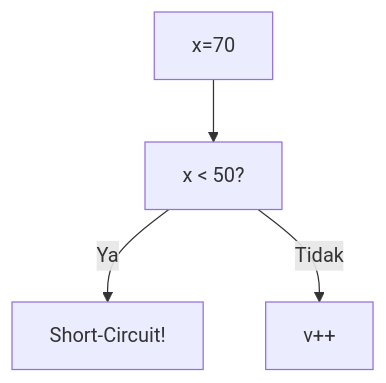
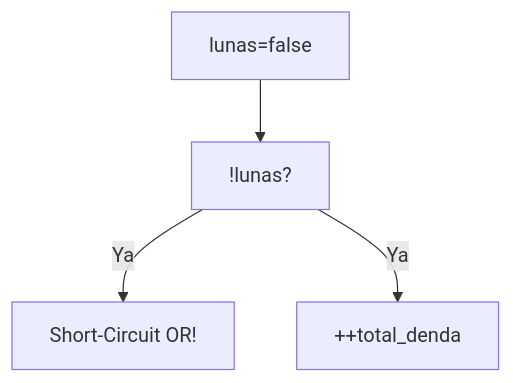
Before and after one commit to amnahwaida/OSNK_INF_PREP: the seventh of 25 diagrams in part-c-pemahaman-cpp/02-percabangan/latihan/set-01.md, drawn with Mermaid. The commit also changed other lines of this file and 71 other files, not shown here.

````diff
--- a/part-c-pemahaman-cpp/02-percabangan/latihan/set-01.md
+++ b/part-c-pemahaman-cpp/02-percabangan/latihan/set-01.md
@@ -190,6 +199,6 @@
 ```mermaid
 graph TD
-A["x=70"] --> B["x < 50?"]
-B -- Ya --> C["Short-Circuit!"]
-B -- Tidak --> D["v++"]
+A["lunas=false"] --> B["!lunas?"]
+B -- Ya --> C["Short-Circuit OR!"]
+B -- Ya --> D["++total_denda"]
 ```
````
